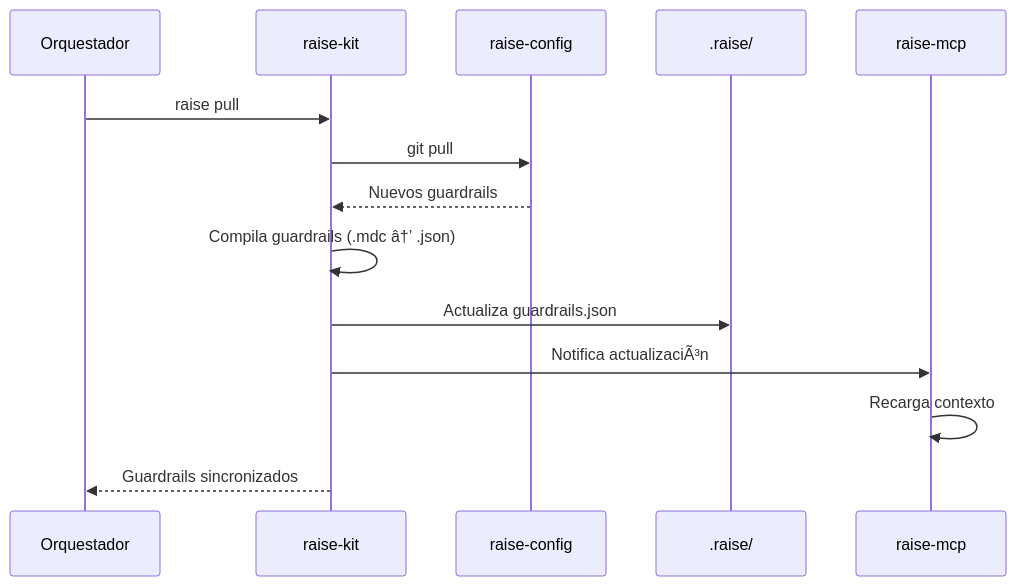
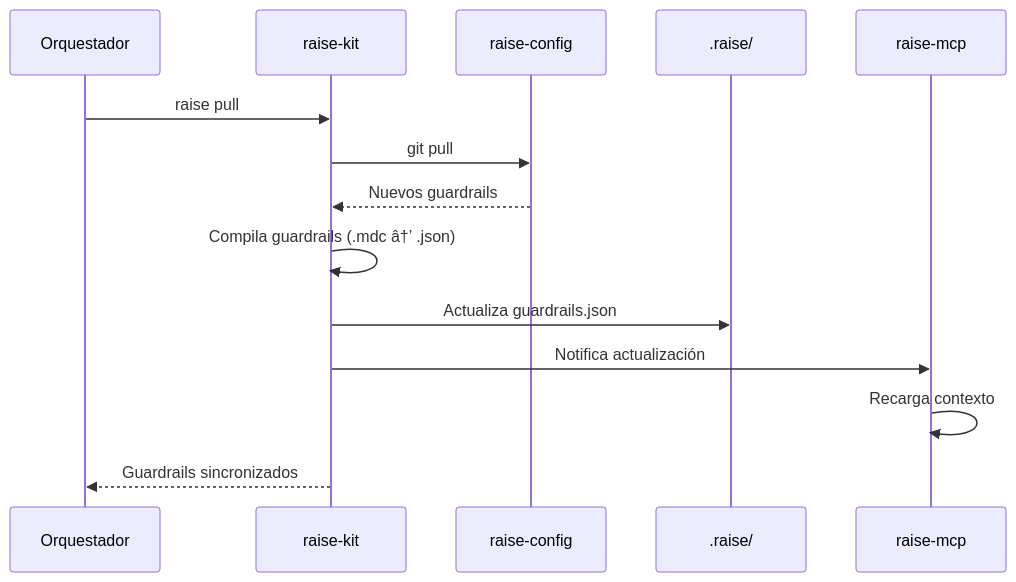
One commit to humansys/raise changed the fourth of 7 diagrams in docs/framework/v2/10-system-architecture-v2.md. Above: the diagram before and after it, drawn with Mermaid. The commit also changed other lines of this file and 2 other files, not shown here.

````diff
--- a/docs/framework/v2/10-system-architecture-v2.md
+++ b/docs/framework/v2/10-system-architecture-v2.md
@@ -212,17 +212,17 @@
 ```mermaid
 sequenceDiagram
     participant O as Orquestador
     participant CLI as raise-kit
     participant Config as raise-config
     participant Local as .raise/
     participant MCP as raise-mcp
 
     O->>CLI: raise pull
     CLI->>Config: git pull
     Config-->>CLI: Nuevos guardrails
     CLI->>CLI: Compila guardrails (.mdc â†’ .json)
     CLI->>Local: Actualiza guardrails.json
-    CLI->>MCP: Notifica actualizaciÃ³n
+    CLI->>MCP: Notifica actualización
     MCP->>MCP: Recarga contexto
     CLI-->>O: Guardrails sincronizados
 ```
````
